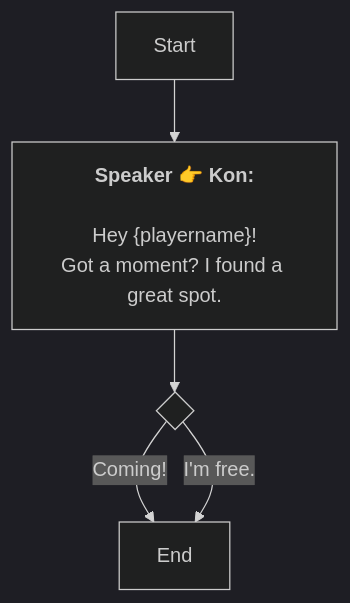
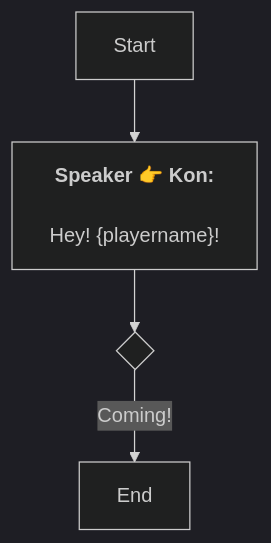
The diagram in En/QuestStartTalkENode_1751813638943161.md (SoftHu/tos_avg), drawn with Mermaid (dark theme) before and after one commit. The commit also changed 228 other files, not shown here.

````diff
--- a/En/QuestStartTalkENode_1751813638943161.md
+++ b/En/QuestStartTalkENode_1751813638943161.md
@@ -1,11 +1,9 @@
 ```mermaid
 graph
 Start -->1751814007493088[<b>Speaker 👉 Kon:</b>
 
-Hey &lbrace;playername&rbrace;!
-Got a moment? I found a great spot.]
+Hey! &lbrace;playername&rbrace;! ]
 1751814007493088 -->1751814009403873{ }
 1751814009403873 -->|Coming!|1751814479853030[End]
-1751814009403873 -->|I'm free.|1751814479853030[End]
 
  ```
````
